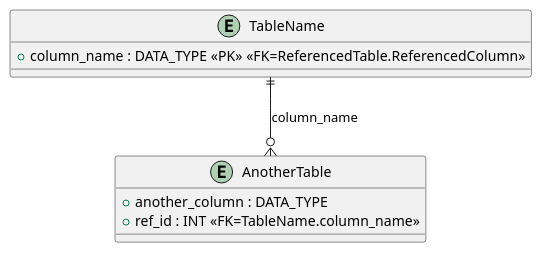
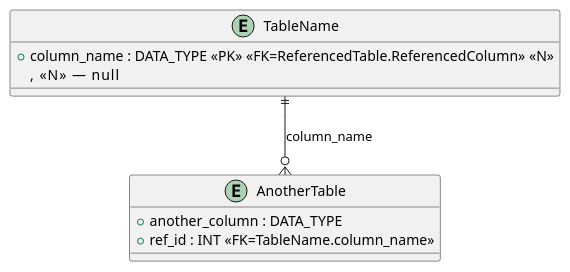
The diagram in plant_uml_templates/db_template.puml (RamzesYA/CodeGeneration), drawn with PlantUML before and after one commit. The commit also changed 2445 other files, not shown here.

```diff
--- a/plant_uml_templates/db_template.puml
+++ b/plant_uml_templates/db_template.puml
@@ -1,34 +1,35 @@
 @startuml
 
 ' ============================
 '   TABLE DEFINITIONS
 ' ============================
 
 entity TableName {
-    +column_name : DATA_TYPE <<PK>> <<FK=ReferencedTable.ReferencedColumn>>
+    +column_name : DATA_TYPE <<PK>> <<FK=ReferencedTable.ReferencedColumn>> <<N>>
     ' Аннотации, которые можно использовать:
     '   <<PK>>  — primary key
     '   <<FK=Table.Column>> — foreign key
+    ,   <<N>>  — null
 }
 
 
 ' Пример второй таблицы
 entity AnotherTable {
     +another_column : DATA_TYPE
     +ref_id : INT <<FK=TableName.column_name>>
 }
 
 
 ' ============================
-'   RELATIONSHIPS (easy parsing)
+'   RELATIONSHIPS
 ' ============================
 
 ' Формат:
 ' one-to-one:    TableA ||--|| TableB
 ' one-to-many:   TableA ||--o{ TableB
 ' many-to-one:   TableA }o--|| TableB
 ' many-to-many:  TableA }o--o{ TableB
 
 TableName ||--o{ AnotherTable : column_name
 
 @enduml
```
